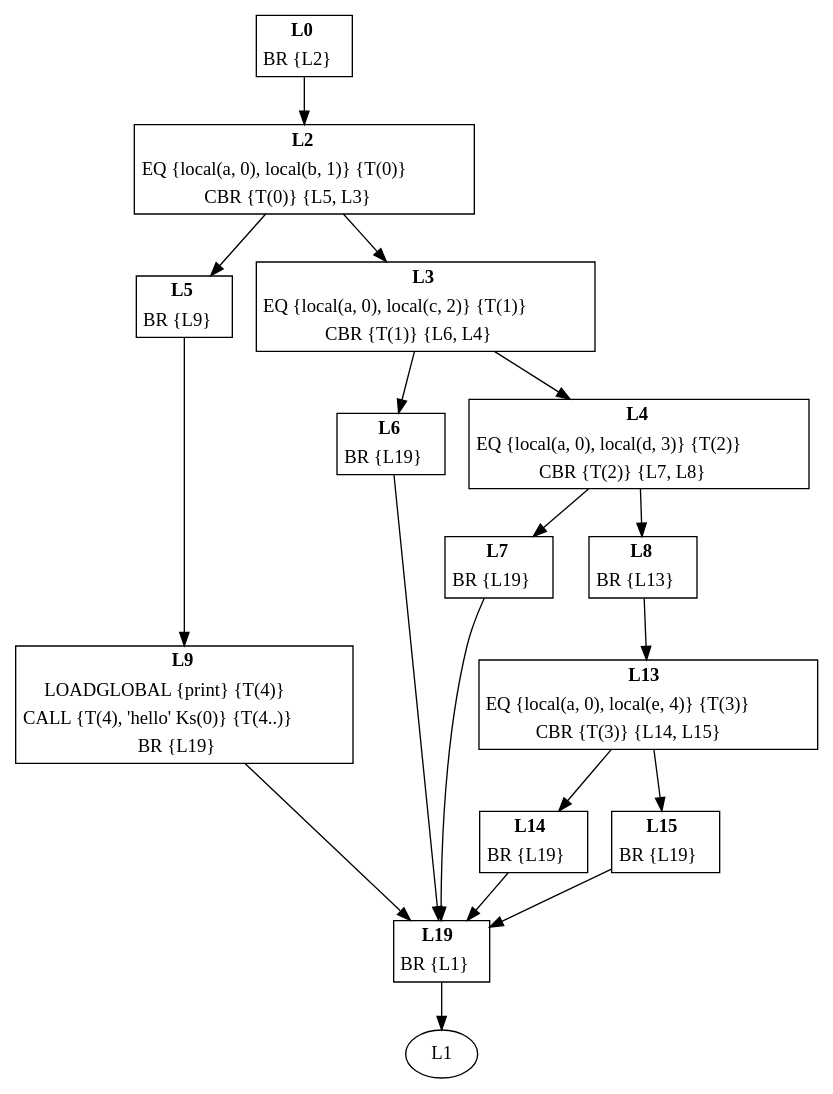
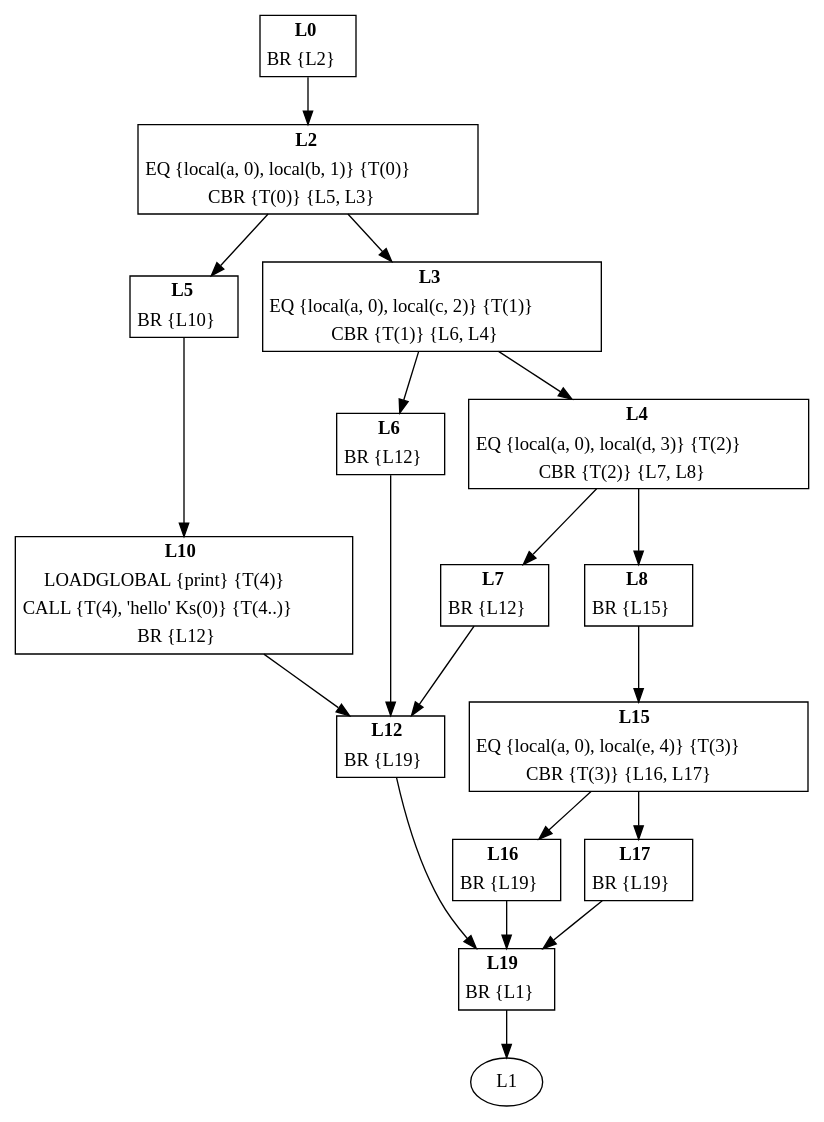
Before and after one commit to dibyendumajumdar/ravi-compiler: the diagram in docs/cfg/if4-goto.gv, drawn with Graphviz. The commit also changed 2 other files, not shown here.

```diff
--- a/docs/cfg/if4-goto.gv
+++ b/docs/cfg/if4-goto.gv
@@ -1,77 +1,82 @@
 digraph Proc1 {
 L0 [shape=none, margin=0, label=<<TABLE BORDER="1" CELLBORDER="0">
 <TR><TD><B>L0</B></TD></TR>
 <TR><TD>BR {L2}</TD></TR>
 </TABLE>>];
 L0 -> L2
 L2 [shape=none, margin=0, label=<<TABLE BORDER="1" CELLBORDER="0">
 <TR><TD><B>L2</B></TD></TR>
 <TR><TD>EQ {local(a, 0), local(b, 1)} {T(0)}</TD></TR>
 <TR><TD>CBR {T(0)} {L5, L3}</TD></TR>
 </TABLE>>];
 L2 -> L5
 L2 -> L3
 L3 [shape=none, margin=0, label=<<TABLE BORDER="1" CELLBORDER="0">
 <TR><TD><B>L3</B></TD></TR>
 <TR><TD>EQ {local(a, 0), local(c, 2)} {T(1)}</TD></TR>
 <TR><TD>CBR {T(1)} {L6, L4}</TD></TR>
 </TABLE>>];
 L3 -> L6
 L3 -> L4
 L4 [shape=none, margin=0, label=<<TABLE BORDER="1" CELLBORDER="0">
 <TR><TD><B>L4</B></TD></TR>
 <TR><TD>EQ {local(a, 0), local(d, 3)} {T(2)}</TD></TR>
 <TR><TD>CBR {T(2)} {L7, L8}</TD></TR>
 </TABLE>>];
 L4 -> L7
 L4 -> L8
 L5 [shape=none, margin=0, label=<<TABLE BORDER="1" CELLBORDER="0">
 <TR><TD><B>L5</B></TD></TR>
-<TR><TD>BR {L9}</TD></TR>
+<TR><TD>BR {L10}</TD></TR>
 </TABLE>>];
-L5 -> L9
+L5 -> L10
 L6 [shape=none, margin=0, label=<<TABLE BORDER="1" CELLBORDER="0">
 <TR><TD><B>L6</B></TD></TR>
+<TR><TD>BR {L12}</TD></TR>
+</TABLE>>];
+L6 -> L12
+L7 [shape=none, margin=0, label=<<TABLE BORDER="1" CELLBORDER="0">
+<TR><TD><B>L7</B></TD></TR>
+<TR><TD>BR {L12}</TD></TR>
+</TABLE>>];
+L7 -> L12
+L8 [shape=none, margin=0, label=<<TABLE BORDER="1" CELLBORDER="0">
+<TR><TD><B>L8</B></TD></TR>
+<TR><TD>BR {L15}</TD></TR>
+</TABLE>>];
+L8 -> L15
+L10 [shape=none, margin=0, label=<<TABLE BORDER="1" CELLBORDER="0">
+<TR><TD><B>L10</B></TD></TR>
+<TR><TD>LOADGLOBAL {print} {T(4)}</TD></TR>
+<TR><TD>CALL {T(4), 'hello' Ks(0)} {T(4..)}</TD></TR>
+<TR><TD>BR {L12}</TD></TR>
+</TABLE>>];
+L10 -> L12
+L12 [shape=none, margin=0, label=<<TABLE BORDER="1" CELLBORDER="0">
+<TR><TD><B>L12</B></TD></TR>
 <TR><TD>BR {L19}</TD></TR>
 </TABLE>>];
-L6 -> L19
-L7 [shape=none, margin=0, label=<<TABLE BORDER="1" CELLBORDER="0">
-<TR><TD><B>L7</B></TD></TR>
+L12 -> L19
+L15 [shape=none, margin=0, label=<<TABLE BORDER="1" CELLBORDER="0">
+<TR><TD><B>L15</B></TD></TR>
+<TR><TD>EQ {local(a, 0), local(e, 4)} {T(3)}</TD></TR>
+<TR><TD>CBR {T(3)} {L16, L17}</TD></TR>
+</TABLE>>];
+L15 -> L16
+L15 -> L17
+L16 [shape=none, margin=0, label=<<TABLE BORDER="1" CELLBORDER="0">
+<TR><TD><B>L16</B></TD></TR>
 <TR><TD>BR {L19}</TD></TR>
 </TABLE>>];
-L7 -> L19
-L8 [shape=none, margin=0, label=<<TABLE BORDER="1" CELLBORDER="0">
-<TR><TD><B>L8</B></TD></TR>
-<TR><TD>BR {L13}</TD></TR>
-</TABLE>>];
-L8 -> L13
-L9 [shape=none, margin=0, label=<<TABLE BORDER="1" CELLBORDER="0">
-<TR><TD><B>L9</B></TD></TR>
-<TR><TD>LOADGLOBAL {print} {T(4)}</TD></TR>
-<TR><TD>CALL {T(4), 'hello' Ks(0)} {T(4..)}</TD></TR>
+L16 -> L19
+L17 [shape=none, margin=0, label=<<TABLE BORDER="1" CELLBORDER="0">
+<TR><TD><B>L17</B></TD></TR>
 <TR><TD>BR {L19}</TD></TR>
 </TABLE>>];
-L9 -> L19
-L13 [shape=none, margin=0, label=<<TABLE BORDER="1" CELLBORDER="0">
-<TR><TD><B>L13</B></TD></TR>
-<TR><TD>EQ {local(a, 0), local(e, 4)} {T(3)}</TD></TR>
-<TR><TD>CBR {T(3)} {L14, L15}</TD></TR>
-</TABLE>>];
-L13 -> L14
-L13 -> L15
-L14 [shape=none, margin=0, label=<<TABLE BORDER="1" CELLBORDER="0">
-<TR><TD><B>L14</B></TD></TR>
-<TR><TD>BR {L19}</TD></TR>
-</TABLE>>];
-L14 -> L19
-L15 [shape=none, margin=0, label=<<TABLE BORDER="1" CELLBORDER="0">
-<TR><TD><B>L15</B></TD></TR>
-<TR><TD>BR {L19}</TD></TR>
-</TABLE>>];
-L15 -> L19
+L17 -> L19
 L19 [shape=none, margin=0, label=<<TABLE BORDER="1" CELLBORDER="0">
 <TR><TD><B>L19</B></TD></TR>
 <TR><TD>BR {L1}</TD></TR>
 </TABLE>>];
 L19 -> L1
 }
```
